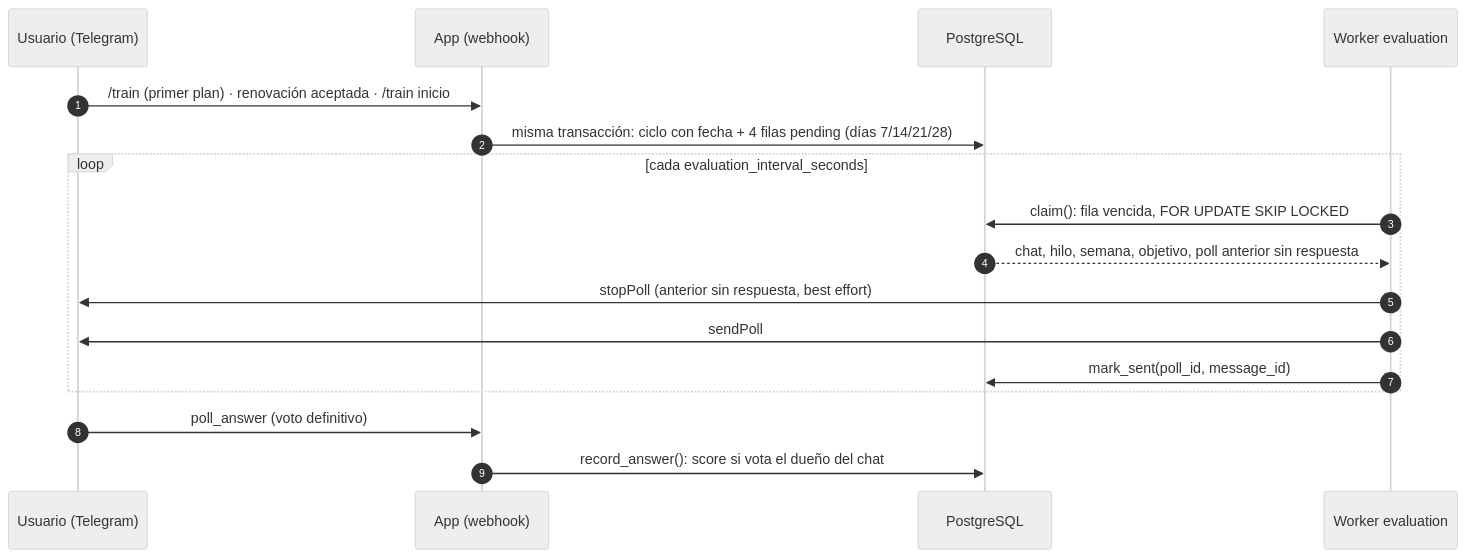
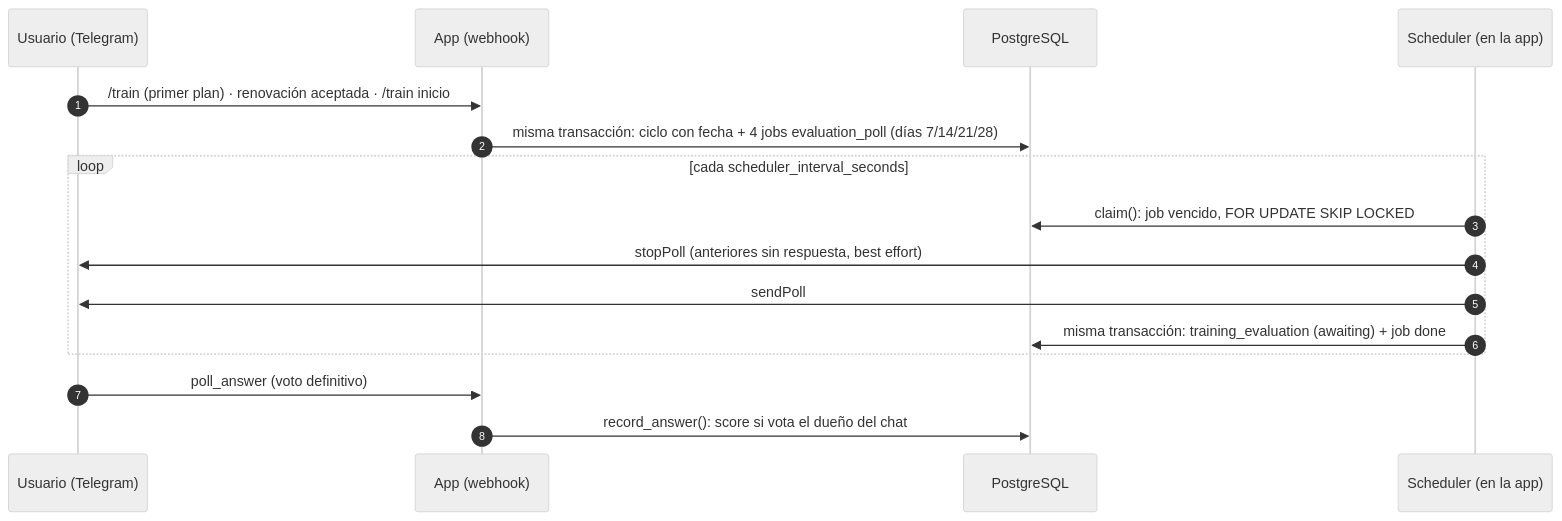
The first of 2 diagrams in docs/encuestas-satisfaccion.md (SorianoTech/FitCoachIA), drawn with Mermaid (neutral theme) before and after one commit. The commit also changed other lines of this file and 56 other files, not shown here.

````diff
--- a/docs/encuestas-satisfaccion.md
+++ b/docs/encuestas-satisfaccion.md
@@ -43,20 +41,19 @@
 ```mermaid
 sequenceDiagram
     autonumber
     participant U as Usuario (Telegram)
     participant API as App (webhook)
     participant DB as PostgreSQL
-    participant W as Worker evaluation
+    participant S as Scheduler (en la app)
 
     U->>API: /train (primer plan) · renovación aceptada · /train inicio
-    API->>DB: misma transacción: ciclo con fecha + 4 filas pending (días 7/14/21/28)
-    loop cada evaluation_interval_seconds
-        W->>DB: claim(): fila vencida, FOR UPDATE SKIP LOCKED
-        DB-->>W: chat, hilo, semana, objetivo, poll anterior sin respuesta
-        W->>U: stopPoll (anterior sin respuesta, best effort)
-        W->>U: sendPoll
-        W->>DB: mark_sent(poll_id, message_id)
+    API->>DB: misma transacción: ciclo con fecha + 4 jobs evaluation_poll (días 7/14/21/28)
+    loop cada scheduler_interval_seconds
+        S->>DB: claim(): job vencido, FOR UPDATE SKIP LOCKED
+        S->>U: stopPoll (anteriores sin respuesta, best effort)
+        S->>U: sendPoll
+        S->>DB: misma transacción: training_evaluation (awaiting) + job done
     end
     U->>API: poll_answer (voto definitivo)
     API->>DB: record_answer(): score si vota el dueño del chat
 ```
````
